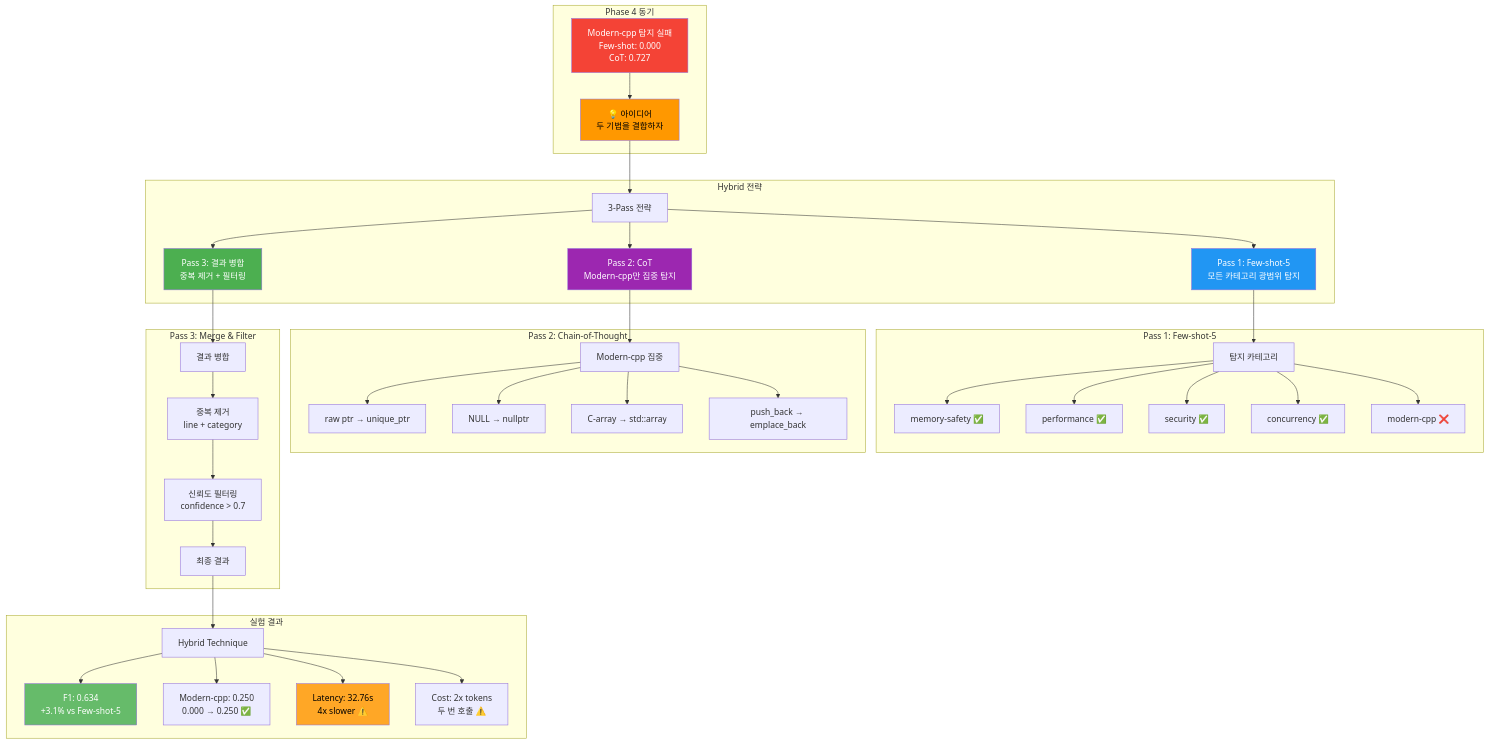
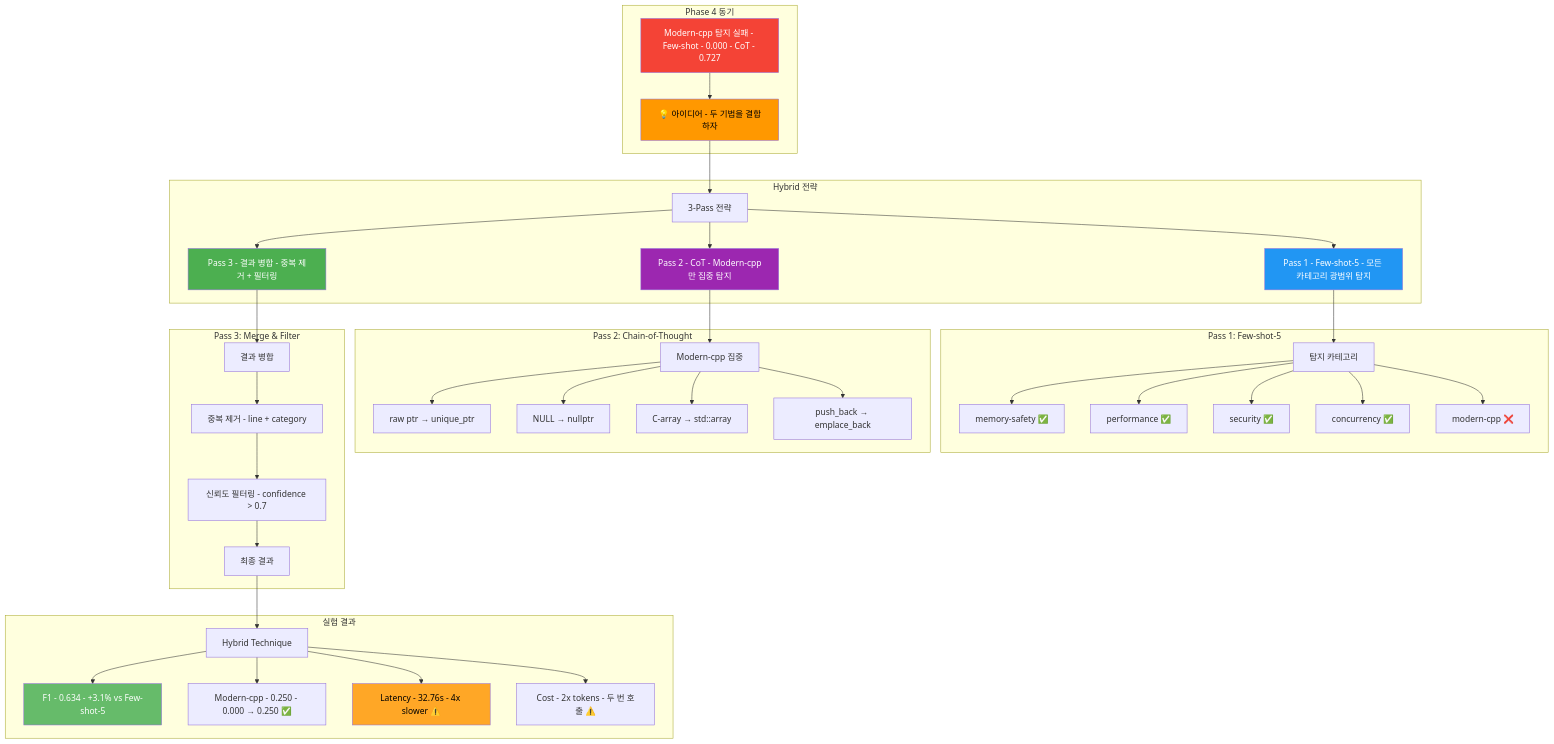
Before and after one commit to ApeachM/llm-code-reviewer: diagram 18 of 39 in PRESENTATION.md, drawn with Mermaid. The commit also changed other lines of this file, not shown here.

First line of the commit message:
fix: Replace special characters in Mermaid node labels for compatibility

````diff
--- a/PRESENTATION.md
+++ b/PRESENTATION.md
@@ -882,59 +883,59 @@
 ```mermaid
 graph TB
     subgraph "Phase 4 동기"
-        Problem[Modern-cpp 탐지 실패<br/>Few-shot: 0.000<br/>CoT: 0.727]
-        Problem --> Idea[💡 아이디어<br/>두 기법을 결합하자]
+        Problem[Modern-cpp 탐지 실패 - Few-shot - 0.000 - CoT - 0.727]
+        Problem --> Idea[💡 아이디어 - 두 기법을 결합하자]
     end
 
     subgraph "Hybrid 전략"
         Idea --> Strategy[3-Pass 전략]
 
-        Strategy --> Pass1[Pass 1: Few-shot-5<br/>모든 카테고리 광범위 탐지]
-        Strategy --> Pass2[Pass 2: CoT<br/>Modern-cpp만 집중 탐지]
-        Strategy --> Pass3[Pass 3: 결과 병합<br/>중복 제거 + 필터링]
+        Strategy --> Pass1[Pass 1 - Few-shot-5 - 모든 카테고리 광범위 탐지]
+        Strategy --> Pass2[Pass 2 - CoT - Modern-cpp만 집중 탐지]
+        Strategy --> Pass3[Pass 3 - 결과 병합 - 중복 제거 + 필터링]
     end
 
     subgraph "Pass 1: Few-shot-5"
         Pass1 --> FS_Cat[탐지 카테고리]
 
         FS_Cat --> FSC1[memory-safety ✅]
         FS_Cat --> FSC2[performance ✅]
         FS_Cat --> FSC3[security ✅]
         FS_Cat --> FSC4[concurrency ✅]
         FS_Cat --> FSC5[modern-cpp ❌]
     end
 
     subgraph "Pass 2: Chain-of-Thought"
         Pass2 --> CoT_Focus[Modern-cpp 집중]
 
         CoT_Focus --> CoTC1[raw ptr → unique_ptr]
         CoT_Focus --> CoTC2[NULL → nullptr]
         CoT_Focus --> CoTC3[C-array → std::array]
         CoT_Focus --> CoTC4[push_back → emplace_back]
     end
 
     subgraph "Pass 3: Merge & Filter"
         Pass3 --> Merge[결과 병합]
 
-        Merge --> Dedup[중복 제거<br/>line + category]
-        Dedup --> Confidence[신뢰도 필터링<br/>confidence > 0.7]
+        Merge --> Dedup[중복 제거 - line + category]
+        Dedup --> Confidence[신뢰도 필터링 - confidence > 0.7]
         Confidence --> Final[최종 결과]
     end
 
     subgraph "실험 결과"
         Final --> Result[Hybrid Technique]
 
-        Result --> Metric1[F1: 0.634<br/>+3.1% vs Few-shot-5]
-        Result --> Metric2[Modern-cpp: 0.250<br/>0.000 → 0.250 ✅]
-        Result --> Metric3[Latency: 32.76s<br/>4x slower ⚠️]
-        Result --> Metric4[Cost: 2x tokens<br/>두 번 호출 ⚠️]
+        Result --> Metric1[F1 - 0.634 - +3.1% vs Few-shot-5]
+        Result --> Metric2[Modern-cpp - 0.250 - 0.000 → 0.250 ✅]
+        Result --> Metric3[Latency - 32.76s - 4x slower ⚠️]
+        Result --> Metric4[Cost - 2x tokens - 두 번 호출 ⚠️]
     end
 
     style Problem fill:#f44336,color:#fff
     style Idea fill:#ff9800,color:#000
     style Pass1 fill:#2196f3,color:#fff
     style Pass2 fill:#9c27b0,color:#fff
     style Pass3 fill:#4caf50,color:#fff
     style Metric1 fill:#66bb6a,color:#fff
     style Metric3 fill:#ffa726,color:#000
 ```
````
